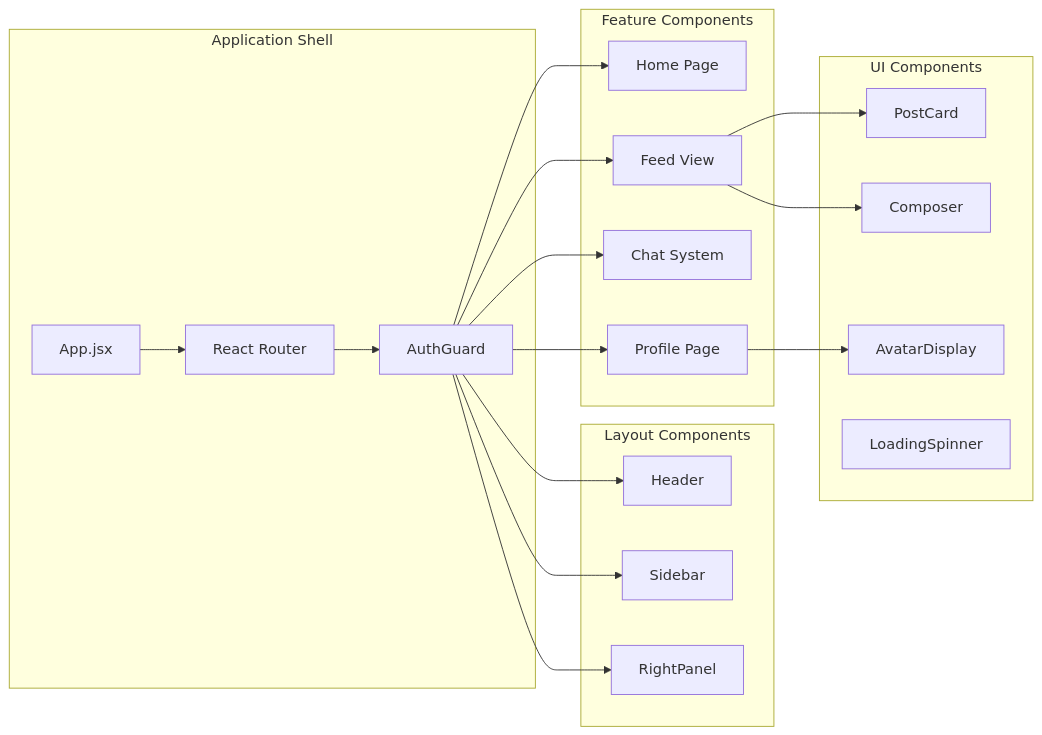
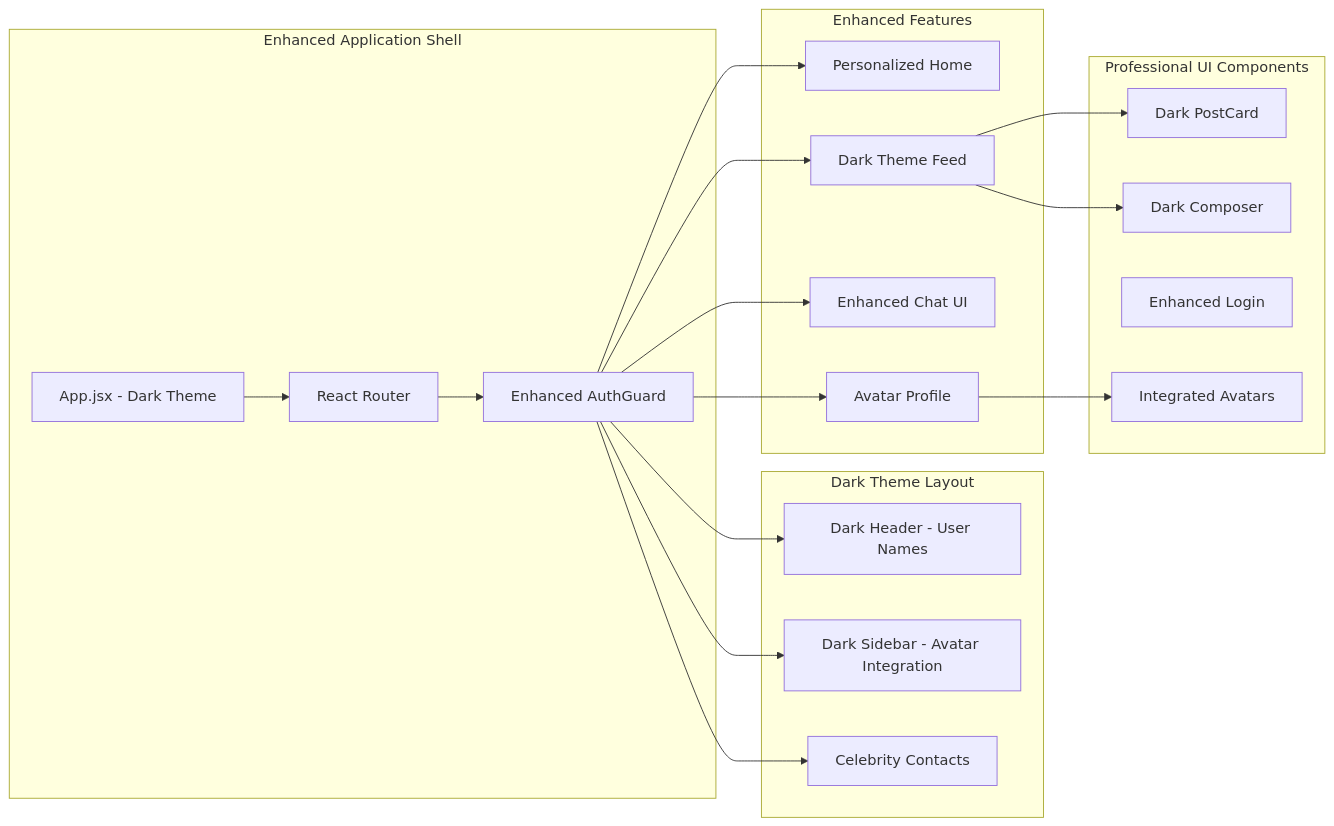
One commit to didier3529/facecrook changed the second of 6 diagrams in FACECROOK_REPOSITORY_ANALYSIS.md. Above: the diagram before and after it, drawn with Mermaid. The commit also changed other lines of this file and 208 other files, not shown here.

````diff
--- a/FACECROOK_REPOSITORY_ANALYSIS.md
+++ b/FACECROOK_REPOSITORY_ANALYSIS.md
@@ -131,41 +409,41 @@
 ```mermaid
 graph LR
-    subgraph "Application Shell"
-        App[App.jsx]
+    subgraph "Enhanced Application Shell"
+        App[App.jsx - Dark Theme]
         Router[React Router]
-        AuthGuard[AuthGuard]
+        AuthGuard[Enhanced AuthGuard]
     end
     
-    subgraph "Layout Components"
-        Header[Header]
-        Sidebar[Sidebar]
-        RightPanel[RightPanel]
+    subgraph "Dark Theme Layout"
+        Header[Dark Header - User Names]
+        Sidebar[Dark Sidebar - Avatar Integration]
+        RightPanel[Celebrity Contacts]
     end
     
-    subgraph "Feature Components"
-        Home[Home Page]
-        Feed[Feed View]
-        Chat[Chat System]
-        Profile[Profile Page]
+    subgraph "Enhanced Features"
+        Home[Personalized Home]
+        Feed[Dark Theme Feed]
+        Chat[Enhanced Chat UI]
+        Profile[Avatar Profile]
     end
     
-    subgraph "UI Components"
-        PostCard[PostCard]
-        Composer[Composer]
-        AvatarDisplay[AvatarDisplay]
-        LoadingSpinner[LoadingSpinner]
+    subgraph "Professional UI Components"
+        PostCard[Dark PostCard]
+        Composer[Dark Composer]
+        LoginForm[Enhanced Login]
+        AvatarDisplay[Integrated Avatars]
     end
     
     App --> Router
     Router --> AuthGuard
     AuthGuard --> Header
     AuthGuard --> Sidebar
     AuthGuard --> RightPanel
     AuthGuard --> Home
     AuthGuard --> Feed
     AuthGuard --> Chat
     AuthGuard --> Profile
     Feed --> PostCard
     Feed --> Composer
     Profile --> AvatarDisplay
 ```
````
